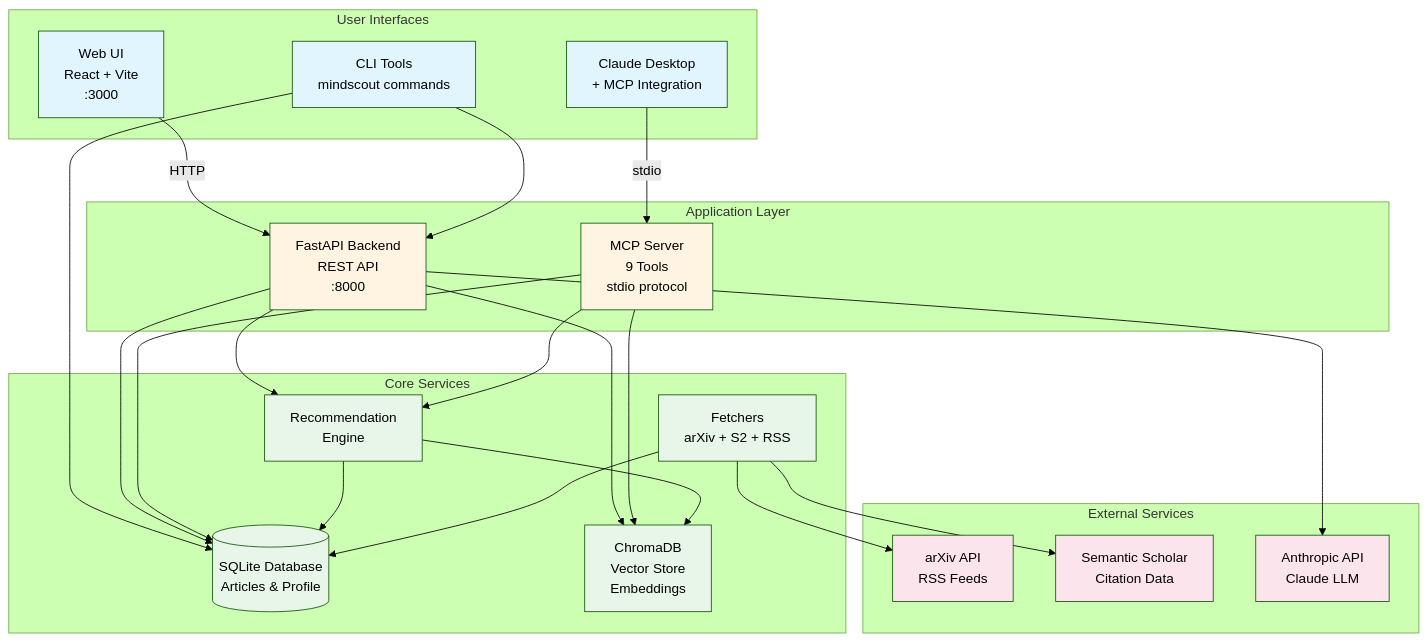
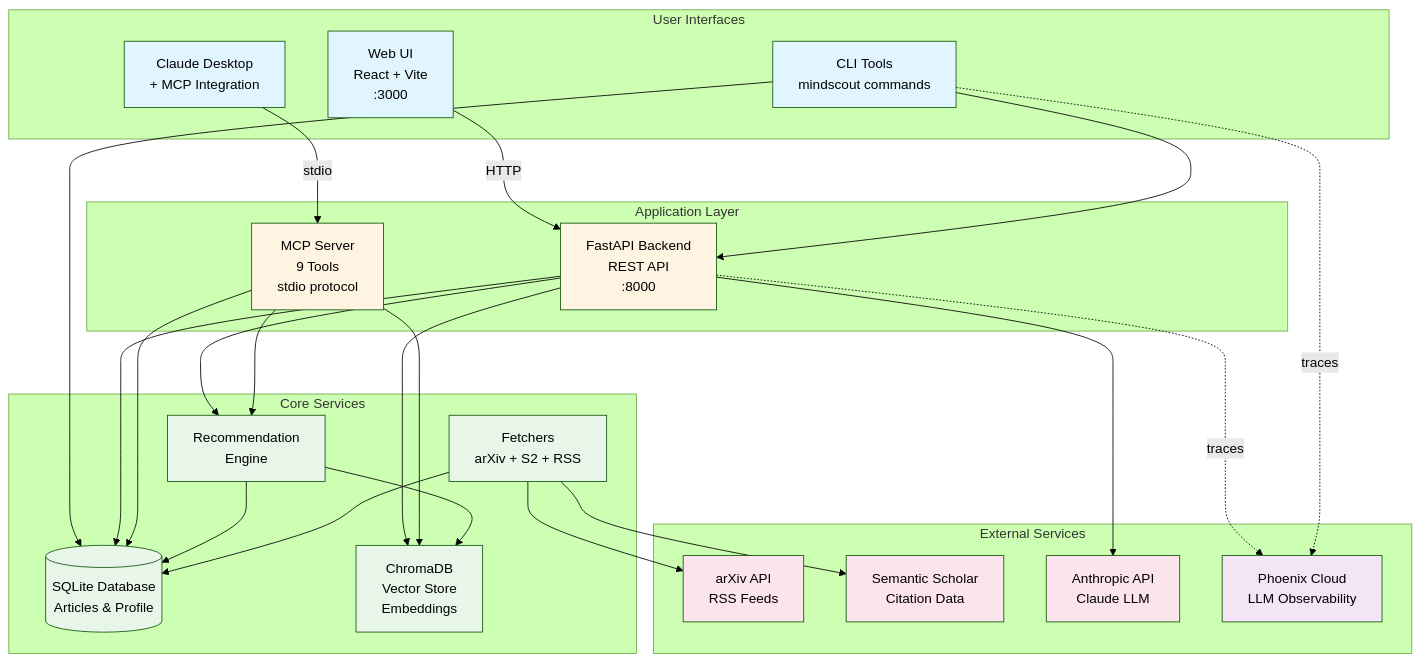
The first of 14 diagrams in docs/architecture/diagrams.md (katebennu/mind-scout), drawn with Mermaid (forest theme) before and after one commit. The commit also changed other lines of this file and 13 other files, not shown here.

First line of the commit message:
feat: add Arize Phoenix integration for LLM observability and evaluation

````diff
--- a/docs/architecture/diagrams.md
+++ b/docs/architecture/diagrams.md
@@ -7,59 +7,63 @@
 ```mermaid
 graph TB
     subgraph "User Interfaces"
         WEB[Web UI<br/>React + Vite<br/>:3000]
         CLI[CLI Tools<br/>mindscout commands]
         CLAUDE[Claude Desktop<br/>+ MCP Integration]
     end
 
     subgraph "Application Layer"
         API[FastAPI Backend<br/>REST API<br/>:8000]
         MCP[MCP Server<br/>9 Tools<br/>stdio protocol]
     end
 
     subgraph "Core Services"
         DB[(SQLite Database<br/>Articles & Profile)]
         VS[ChromaDB<br/>Vector Store<br/>Embeddings]
         REC[Recommendation<br/>Engine]
         FETCH[Fetchers<br/>arXiv + S2 + RSS]
     end
 
     subgraph "External Services"
         ARXIV[arXiv API<br/>RSS Feeds]
         S2[Semantic Scholar<br/>Citation Data]
         ANTHROPIC[Anthropic API<br/>Claude LLM]
+        PHOENIX[Phoenix Cloud<br/>LLM Observability]
     end
 
     WEB -->|HTTP| API
     CLI --> API
     CLI --> DB
     CLAUDE -->|stdio| MCP
 
     API --> DB
     API --> VS
     API --> REC
     MCP --> DB
     MCP --> VS
     MCP --> REC
 
     REC --> DB
     REC --> VS
     FETCH --> ARXIV
     FETCH --> S2
     FETCH --> DB
 
     API --> ANTHROPIC
+    API -.->|traces| PHOENIX
+    CLI -.->|traces| PHOENIX
 
     style WEB fill:#e1f5ff
     style CLI fill:#e1f5ff
     style CLAUDE fill:#e1f5ff
     style API fill:#fff4e1
     style MCP fill:#fff4e1
     style DB fill:#e8f5e9
     style VS fill:#e8f5e9
     style REC fill:#e8f5e9
     style FETCH fill:#e8f5e9
     style ARXIV fill:#fce4ec
     style S2 fill:#fce4ec
     style ANTHROPIC fill:#fce4ec
+    style PHOENIX fill:#f3e5f5
 ```
````
